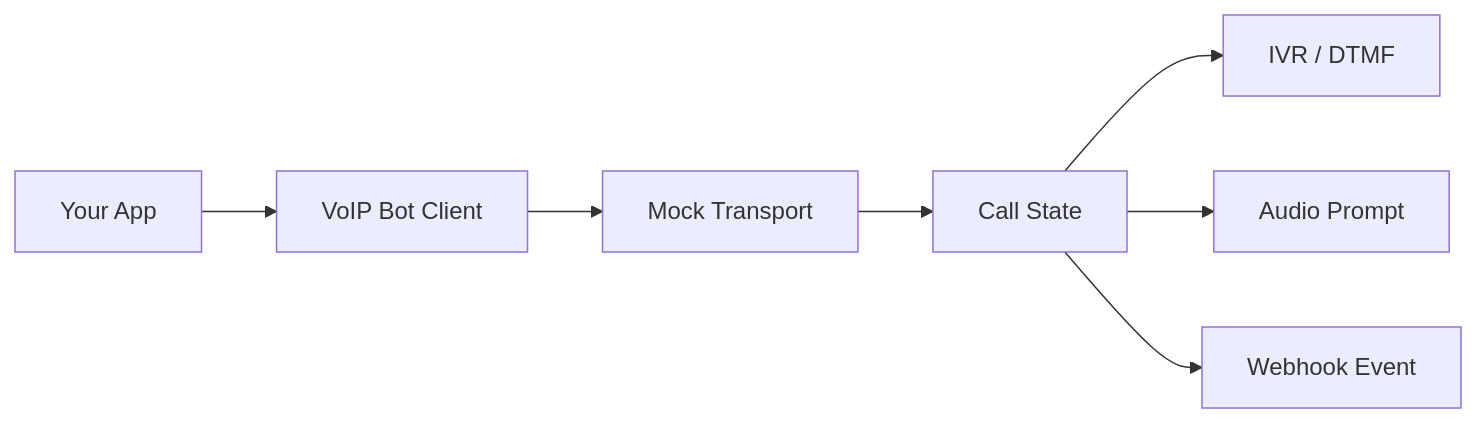
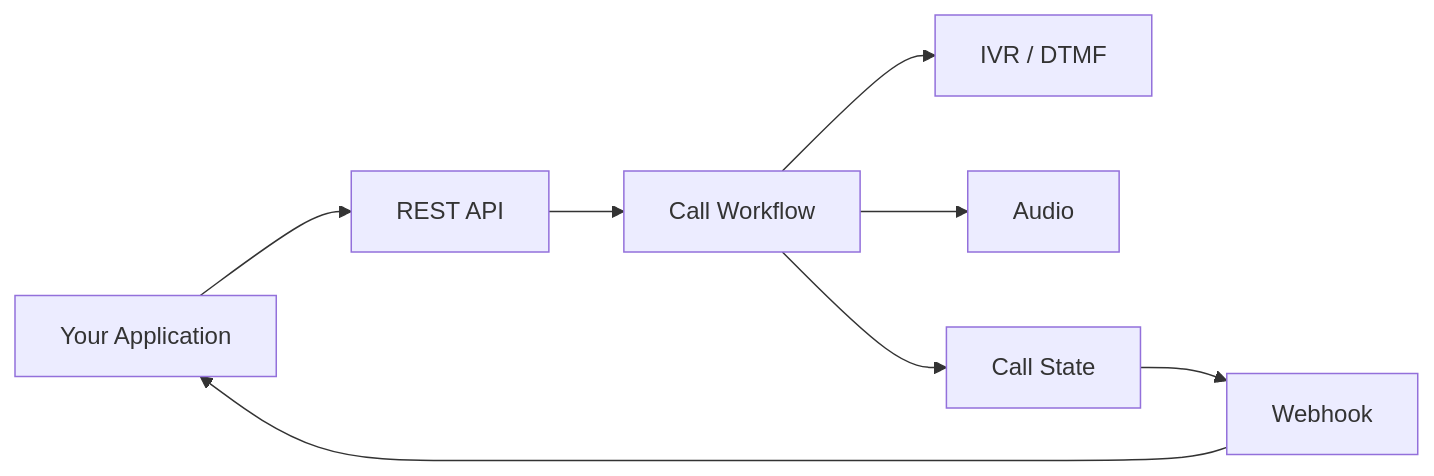
Before and after one commit to pyspoof/voip-bot-api: the diagram in README.md, drawn with Mermaid. The commit also changed other lines of this file, not shown here.

````diff
--- a/README.md
+++ b/README.md
@@ -31,9 +255,10 @@
 ```mermaid
 flowchart LR
-    A[Your App] --> B[VoIP Bot Client]
-    B --> C[Mock Transport]
-    C --> D[Call State]
-    D --> E[IVR / DTMF]
-    D --> F[Audio Prompt]
-    D --> G[Webhook Event]
+    A[Your Application] --> B[REST API]
+    B --> C[Call Workflow]
+    C --> D[IVR / DTMF]
+    C --> E[Audio]
+    C --> F[Call State]
+    F --> G[Webhook]
+    G --> A
 ```
````
